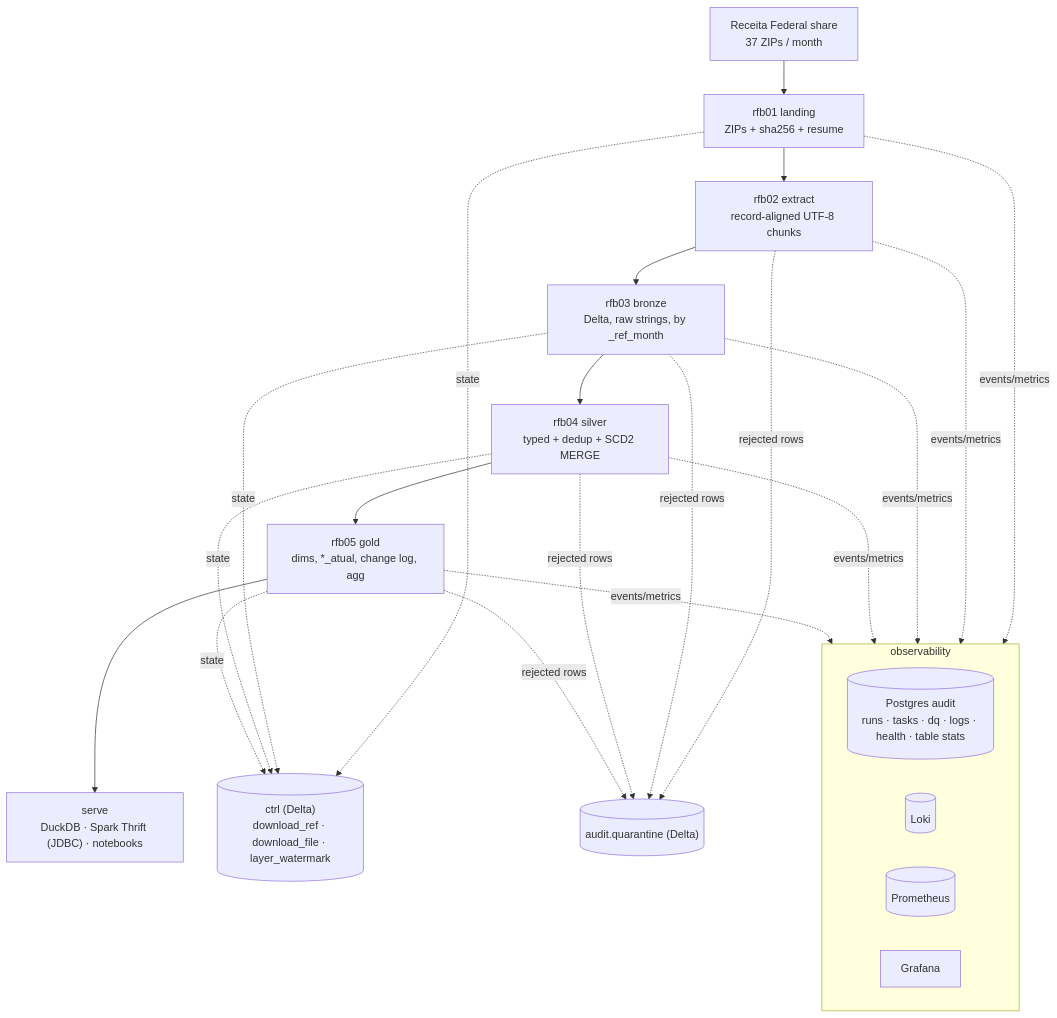
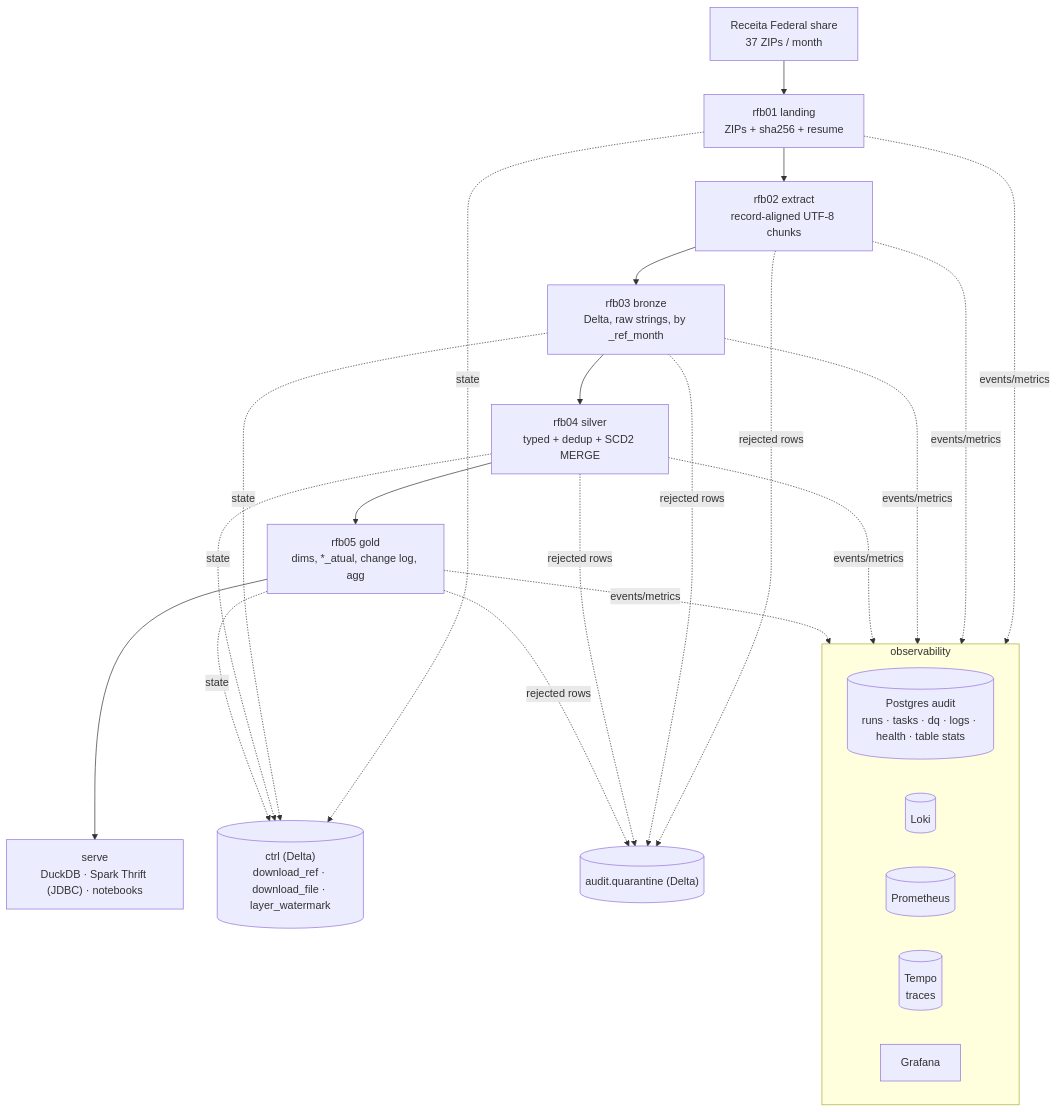
Before and after one commit to engrodrigoa/lambda4: the first of 3 diagrams in docs/architecture.md, drawn with Mermaid. The commit also changed other lines of this file and 27 other files, not shown here.

````diff
--- a/docs/architecture.md
+++ b/docs/architecture.md
@@ -8,21 +8,22 @@
 ```mermaid
 flowchart TB
     SRC["Receita Federal share<br/>37 ZIPs / month"] --> L["rfb01 landing<br/>ZIPs + sha256 + resume"]
     L --> X["rfb02 extract<br/>record-aligned UTF-8 chunks"]
     X --> B["rfb03 bronze<br/>Delta, raw strings, by _ref_month"]
     B --> S["rfb04 silver<br/>typed + dedup + SCD2 MERGE"]
     S --> G["rfb05 gold<br/>dims, *_atual, change log, agg"]
     G --> SV["serve<br/>DuckDB · Spark Thrift (JDBC) · notebooks"]
     L -. state .-> CTRL[("ctrl (Delta)<br/>download_ref · download_file · layer_watermark")]
     B -. state .-> CTRL
     S -. state .-> CTRL
     G -. state .-> CTRL
     X & B & S & G -. rejected rows .-> Q[("audit.quarantine (Delta)")]
     subgraph OBS [observability]
       A[("Postgres audit<br/>runs · tasks · dq · logs · health · table stats")]
       LK[(Loki)]
       PR[(Prometheus)]
+      TP[("Tempo<br/>traces")]
       GF[Grafana]
     end
     L & X & B & S & G -. events/metrics .-> OBS
 ```
````
